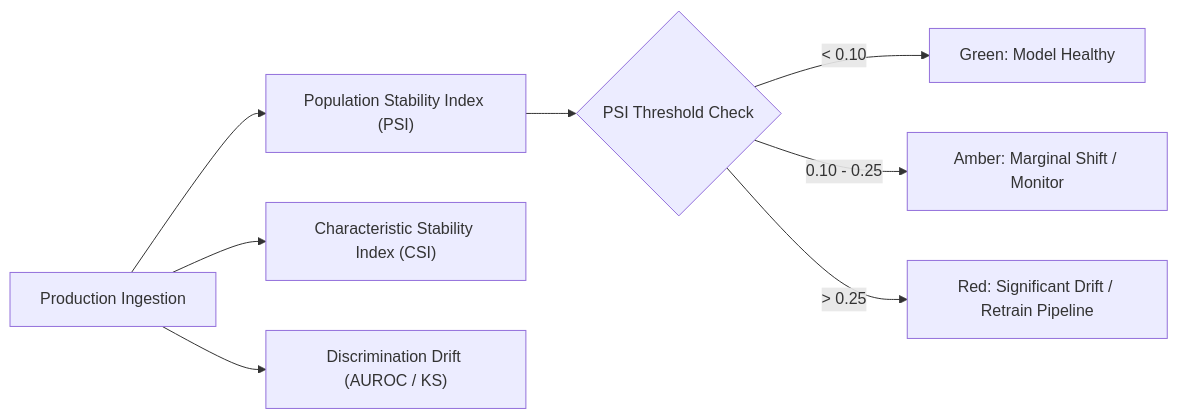
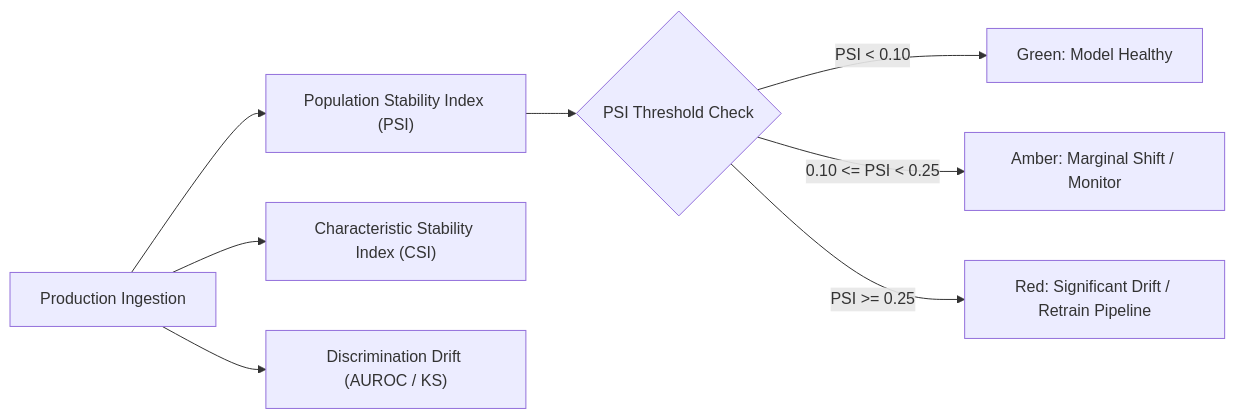
Before and after one commit to Akshat3422/Loan-Predictive-System: the second of 2 diagrams in README.md, drawn with Mermaid. The commit also changed other lines of this file, not shown here.

````diff
--- a/README.md
+++ b/README.md
@@ -207,10 +207,10 @@
 ```mermaid
 graph LR
     A["Production Ingestion"] --> B["Population Stability Index (PSI)"]
     A --> C["Characteristic Stability Index (CSI)"]
     A --> D["Discrimination Drift (AUROC / KS)"]
     B --> E{"PSI Threshold Check"}
-    E -- "< 0.10" --> F["Green: Model Healthy"]
-    E -- "0.10 - 0.25" --> G["Amber: Marginal Shift / Monitor"]
-    E -- "> 0.25" --> H["Red: Significant Drift / Retrain Pipeline"]
+    E -- "PSI < 0.10" --> F["Green: Model Healthy"]
+    E -- "0.10 <= PSI < 0.25" --> G["Amber: Marginal Shift / Monitor"]
+    E -- "PSI >= 0.25" --> H["Red: Significant Drift / Retrain Pipeline"]
 ```
````
